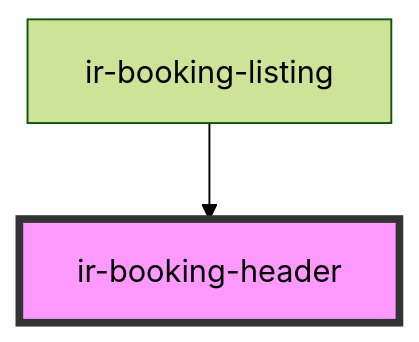
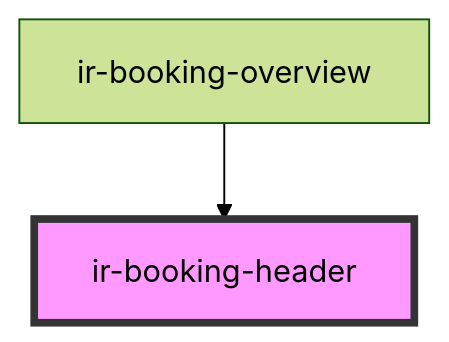
The diagram in src/components/ir-booking-engine/ir-booking-listing/ir-booking-header/readme.md (RonyRizk/ir-be), drawn with Mermaid (forest theme) before and after one commit. The commit also changed other lines of this file and 89 other files, not shown here.

````diff
--- a/src/components/ir-booking-engine/ir-booking-listing/ir-booking-header/readme.md
+++ b/src/components/ir-booking-engine/ir-booking-listing/ir-booking-header/readme.md
@@ -31,5 +31,5 @@
 ```mermaid
 graph TD;
-  ir-booking-listing --> ir-booking-header
+  ir-booking-overview --> ir-booking-header
   style ir-booking-header fill:#f9f,stroke:#333,stroke-width:4px
 ```
````
